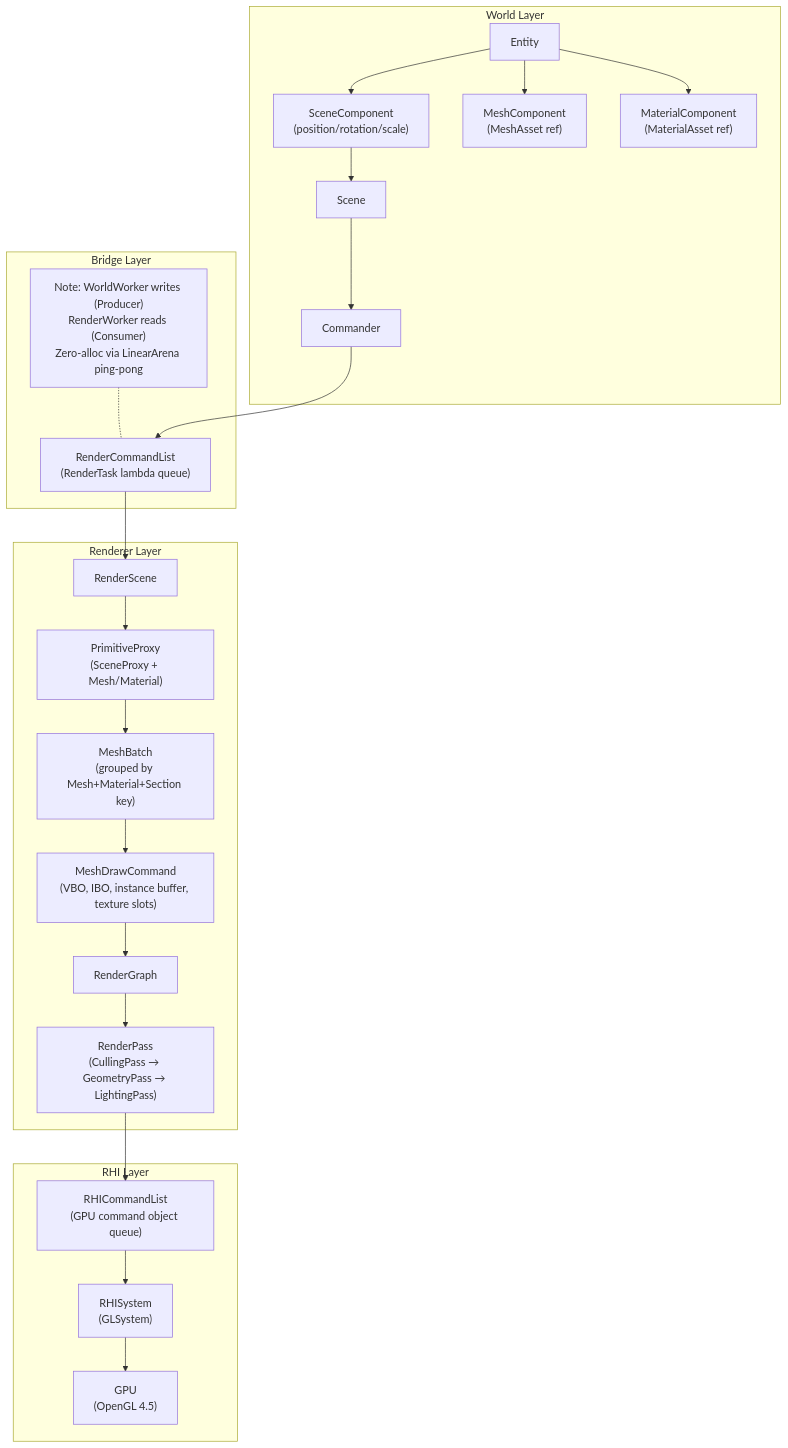
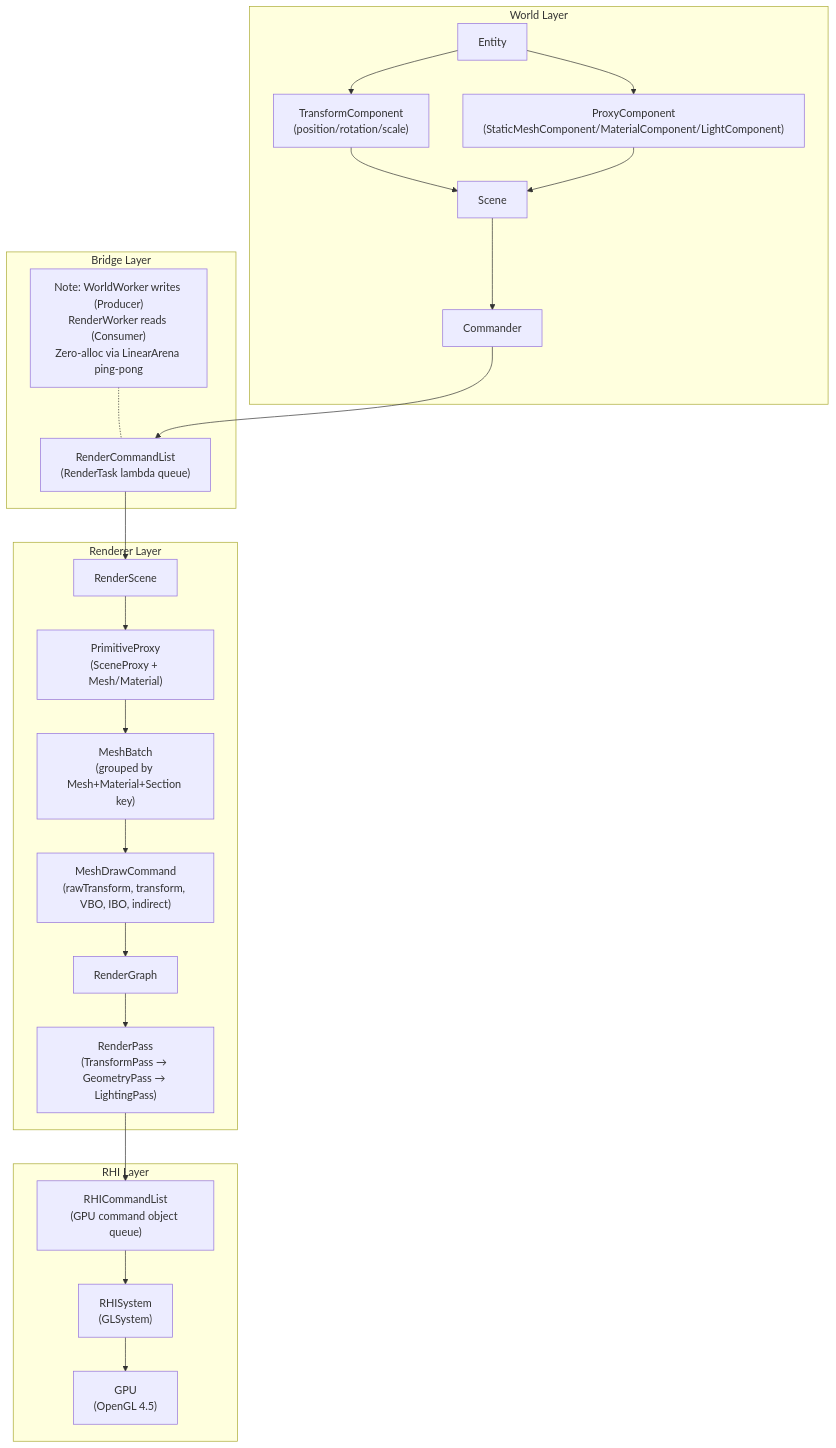
One commit to Winteradio/Game-Engine changed diagram 16 of 16 in README.md. Above: the diagram before and after it, drawn with Mermaid. The commit also changed other lines of this file and 1 other file, not shown here.

````diff
--- a/README.md
+++ b/README.md
@@ -1229,50 +1433,49 @@
 ```mermaid
 flowchart TD
     subgraph WorldLayer["World Layer"]
         Entity[Entity]
-        SceneComponent["SceneComponent<br>(position/rotation/scale)"]
-        MeshComponent["MeshComponent<br>(MeshAsset ref)"]
-        MaterialComponent["MaterialComponent<br>(MaterialAsset ref)"]
+        TransformComponent["TransformComponent<br>(position/rotation/scale)"]
+        ProxyComponent["ProxyComponent<br>(StaticMeshComponent/MaterialComponent/LightComponent)"]
         Scene[Scene]
         Commander[Commander]
 
-        Entity --> SceneComponent
-        Entity --> MeshComponent
-        Entity --> MaterialComponent
-        SceneComponent --> Scene
+        Entity --> TransformComponent
+        Entity --> ProxyComponent
+        TransformComponent --> Scene
+        ProxyComponent --> Scene
         Scene --> Commander
     end
 
     subgraph BridgeLayer["Bridge Layer"]
         RenderCommandList["RenderCommandList<br>(RenderTask lambda queue)"]
         BridgeNote["Note: WorldWorker writes (Producer)<br>RenderWorker reads (Consumer)<br>Zero-alloc via LinearArena ping-pong"] -.- RenderCommandList
     end
 
     subgraph RendererLayer["Renderer Layer"]
         RenderScene[RenderScene]
         PrimitiveProxy["PrimitiveProxy<br>(SceneProxy + Mesh/Material)"]
         MeshBatch["MeshBatch<br>(grouped by Mesh+Material+Section key)"]
-        MeshDrawCommand["MeshDrawCommand<br>(VBO, IBO, instance buffer, texture slots)"]
+        MeshDrawCommand["MeshDrawCommand<br>(rawTransform, transform, VBO, IBO, indirect)"]
         RenderGraph[RenderGraph]
-        RenderPass["RenderPass<br>(CullingPass → GeometryPass → LightingPass)"]
+        RenderPass["RenderPass<br>(TransformPass → GeometryPass → LightingPass)"]
 
         RenderScene --> PrimitiveProxy
         PrimitiveProxy --> MeshBatch
         MeshBatch --> MeshDrawCommand
         MeshDrawCommand --> RenderGraph
         RenderGraph --> RenderPass
     end
 
     subgraph RHILayer["RHI Layer"]
         RHICommandList["RHICommandList<br>(GPU command object queue)"]
         RHISystem["RHISystem<br>(GLSystem)"]
         GPU["GPU<br>(OpenGL 4.5)"]
 
         RenderPass --> RHICommandList
         RHICommandList --> RHISystem
         RHISystem --> GPU
     end
 
     Commander --> RenderCommandList
     RenderCommandList --> RenderScene
 ```
````
